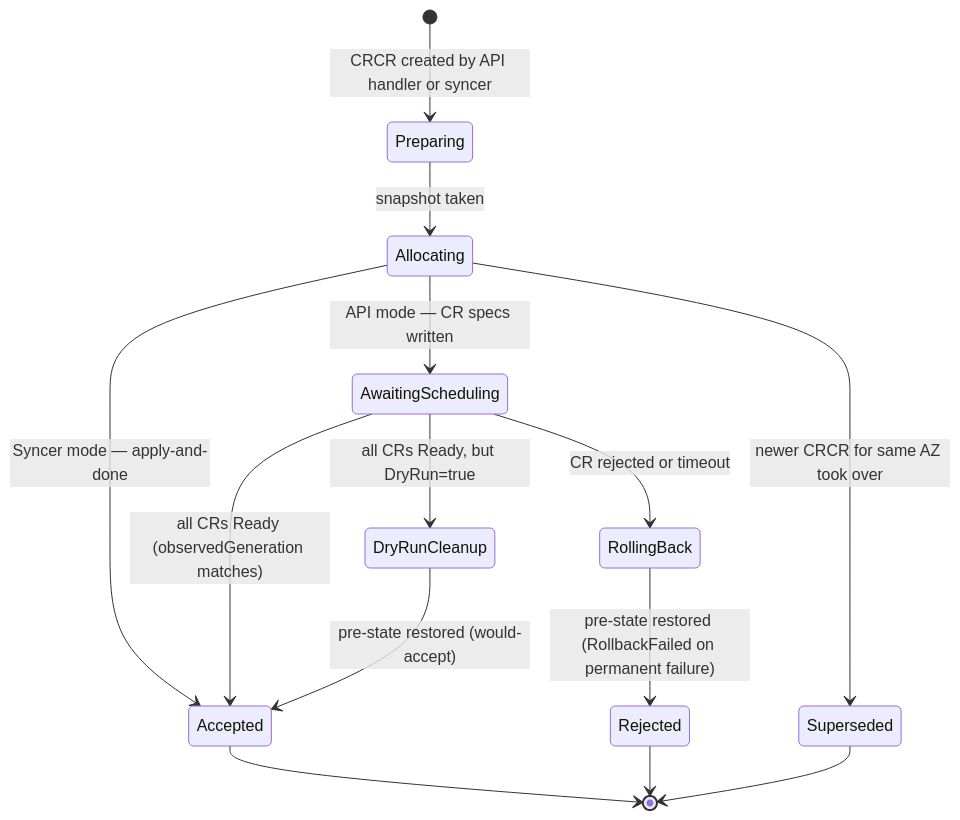
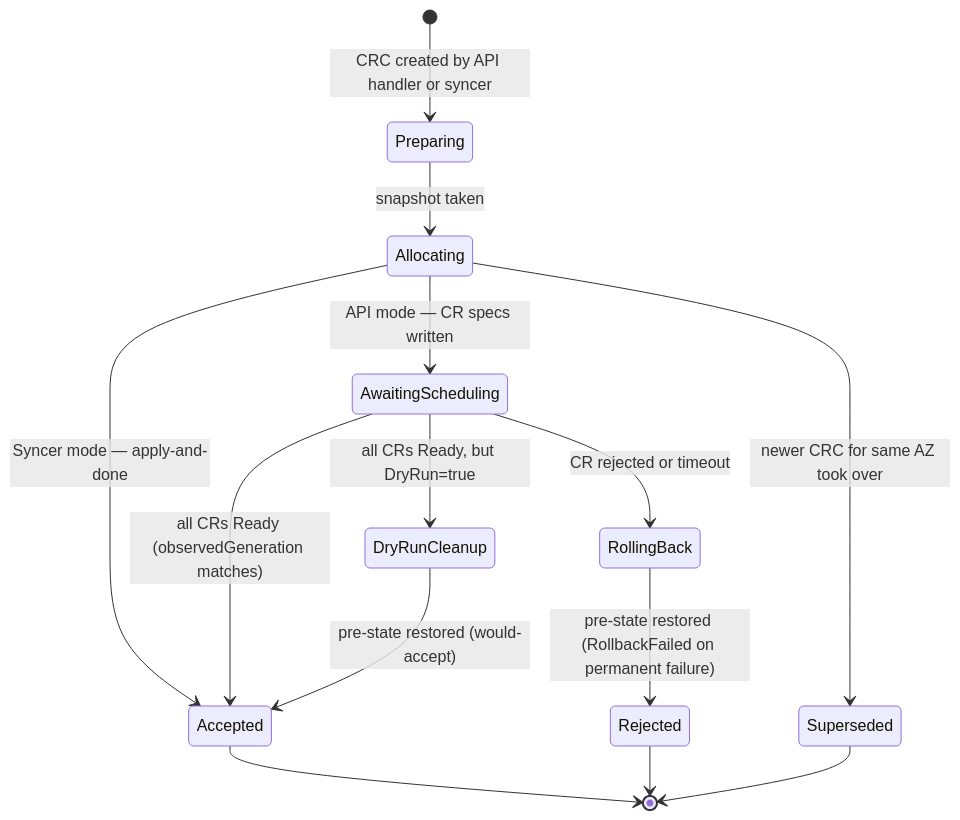
The third of 3 diagrams in docs/03-reservations-and-inventory/03-b-committed-resource-transaction-architecture.md (cobaltcore-dev/cortex), drawn with Mermaid before and after one commit. The commit also changed other lines of this file and 8 other files, not shown here.

````diff
--- a/docs/03-reservations-and-inventory/03-b-committed-resource-transaction-architecture.md
+++ b/docs/03-reservations-and-inventory/03-b-committed-resource-transaction-architecture.md
@@ -64,22 +64,22 @@
 ```mermaid
 stateDiagram-v2
-    [*] --> Preparing : CRCR created by API handler or syncer
+    [*] --> Preparing : CRC created by API handler or syncer
 
     Preparing --> Allocating : snapshot taken
 
     Allocating --> AwaitingScheduling : API mode — CR specs written
     Allocating --> Accepted : Syncer mode — apply-and-done
-    Allocating --> Superseded : newer CRCR for same AZ took over
+    Allocating --> Superseded : newer CRC for same AZ took over
 
     AwaitingScheduling --> Accepted : all CRs Ready (observedGeneration matches)
     AwaitingScheduling --> DryRunCleanup : all CRs Ready, but DryRun=true
     AwaitingScheduling --> RollingBack : CR rejected or timeout
 
     DryRunCleanup --> Accepted : pre-state restored (would-accept)
 
     RollingBack --> Rejected : pre-state restored (RollbackFailed on permanent failure)
 
     Accepted --> [*]
     Rejected --> [*]
     Superseded --> [*]
 ```
````
